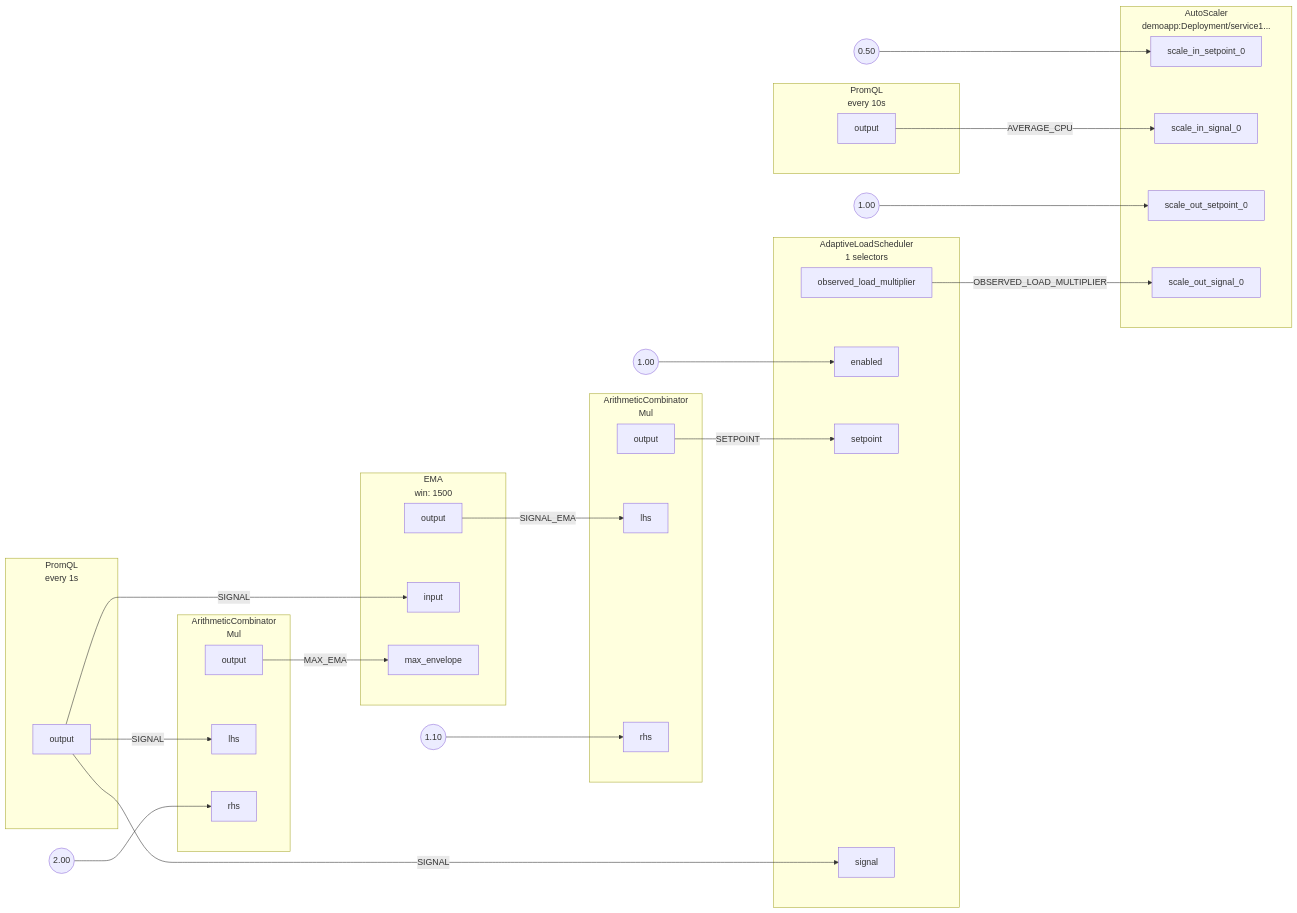
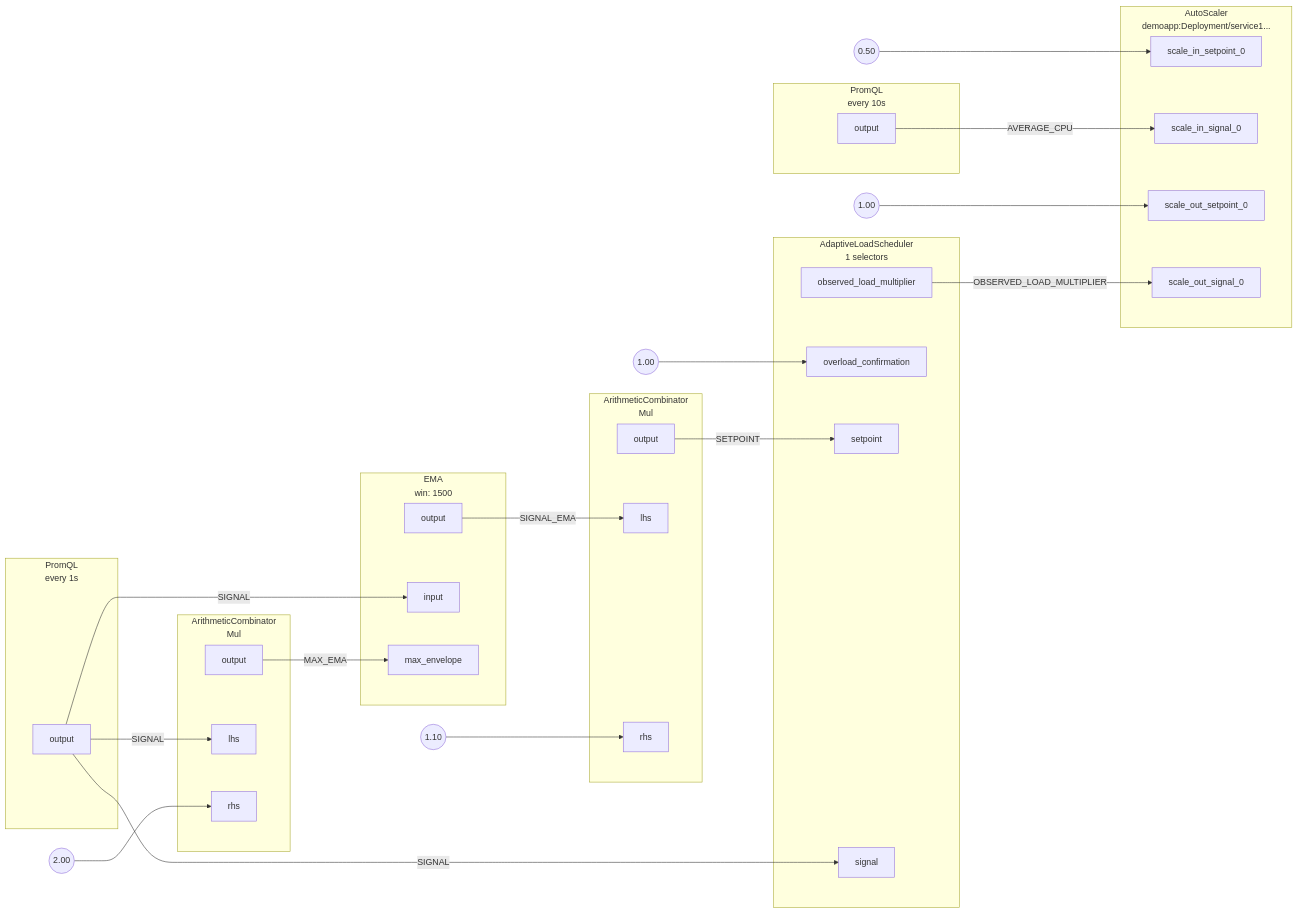
The diagram in docs/content/applying-policies/auto-scale/load-based-auto-scaling/assets/graph.mmd (dataongunlaws/aperture), drawn with Mermaid before and after one commit. The commit also changed 31 other files, not shown here.

First line of the commit message:
Refactor overload confirmation (#1867)

```diff
--- a/docs/content/applying-policies/auto-scale/load-based-auto-scaling/assets/graph.mmd
+++ b/docs/content/applying-policies/auto-scale/load-based-auto-scaling/assets/graph.mmd
@@ -1,85 +1,85 @@
 flowchart LR
 subgraph root.0[<center>AdaptiveLoadScheduler<br/>1 selectors</center>]
 subgraph root.0_inports[ ]
 style root.0_inports fill:none,stroke:none
-root.0enabled[enabled]
+root.0overload_confirmation[overload_confirmation]
 root.0setpoint[setpoint]
 root.0signal[signal]
 end
 subgraph root.0_outports[ ]
 style root.0_outports fill:none,stroke:none
 root.0observed_load_multiplier[observed_load_multiplier]
 end
 end
-root.0_enabled_FakeConstantout((1.00))
+root.0_overload_confirmation_FakeConstantout((1.00))
 subgraph root.1[<center>PromQL<br/>every 10s</center>]
 subgraph root.1_outports[ ]
 style root.1_outports fill:none,stroke:none
 root.1output[output]
 end
 end
 subgraph root.2[<center>AutoScaler<br/>demoapp:Deployment/service1...</center>]
 subgraph root.2_inports[ ]
 style root.2_inports fill:none,stroke:none
 root.2scale_in_setpoint_0[scale_in_setpoint_0]
 root.2scale_in_signal_0[scale_in_signal_0]
 root.2scale_out_setpoint_0[scale_out_setpoint_0]
 root.2scale_out_signal_0[scale_out_signal_0]
 end
 end
 root.2_scale_in_setpoint_0_FakeConstantout((0.50))
 root.2_scale_out_setpoint_0_FakeConstantout((1.00))
 subgraph root.3[<center>PromQL<br/>every 1s</center>]
 subgraph root.3_outports[ ]
 style root.3_outports fill:none,stroke:none
 root.3output[output]
 end
 end
 subgraph root.4[<center>ArithmeticCombinator<br/>Mul</center>]
 subgraph root.4_inports[ ]
 style root.4_inports fill:none,stroke:none
 root.4lhs[lhs]
 root.4rhs[rhs]
 end
 subgraph root.4_outports[ ]
 style root.4_outports fill:none,stroke:none
 root.4output[output]
 end
 end
 root.4_rhs_FakeConstantout((2.00))
 subgraph root.5[<center>ArithmeticCombinator<br/>Mul</center>]
 subgraph root.5_inports[ ]
 style root.5_inports fill:none,stroke:none
 root.5lhs[lhs]
 root.5rhs[rhs]
 end
 subgraph root.5_outports[ ]
 style root.5_outports fill:none,stroke:none
 root.5output[output]
 end
 end
 root.5_rhs_FakeConstantout((1.10))
 subgraph root.6[<center>EMA<br/>win: 1500</center>]
 subgraph root.6_inports[ ]
 style root.6_inports fill:none,stroke:none
 root.6input[input]
 root.6max_envelope[max_envelope]
 end
 subgraph root.6_outports[ ]
 style root.6_outports fill:none,stroke:none
 root.6output[output]
 end
 end
-root.0_enabled_FakeConstantout --> root.0enabled
 root.0observed_load_multiplier --> |OBSERVED_LOAD_MULTIPLIER| root.2scale_out_signal_0
+root.0_overload_confirmation_FakeConstantout --> root.0overload_confirmation
 root.1output --> |AVERAGE_CPU| root.2scale_in_signal_0
 root.2_scale_in_setpoint_0_FakeConstantout --> root.2scale_in_setpoint_0
 root.2_scale_out_setpoint_0_FakeConstantout --> root.2scale_out_setpoint_0
 root.3output --> |SIGNAL| root.0signal
 root.3output --> |SIGNAL| root.4lhs
 root.3output --> |SIGNAL| root.6input
 root.4output --> |MAX_EMA| root.6max_envelope
 root.4_rhs_FakeConstantout --> root.4rhs
 root.5output --> |SETPOINT| root.0setpoint
 root.5_rhs_FakeConstantout --> root.5rhs
 root.6output --> |SIGNAL_EMA| root.5lhs
```
